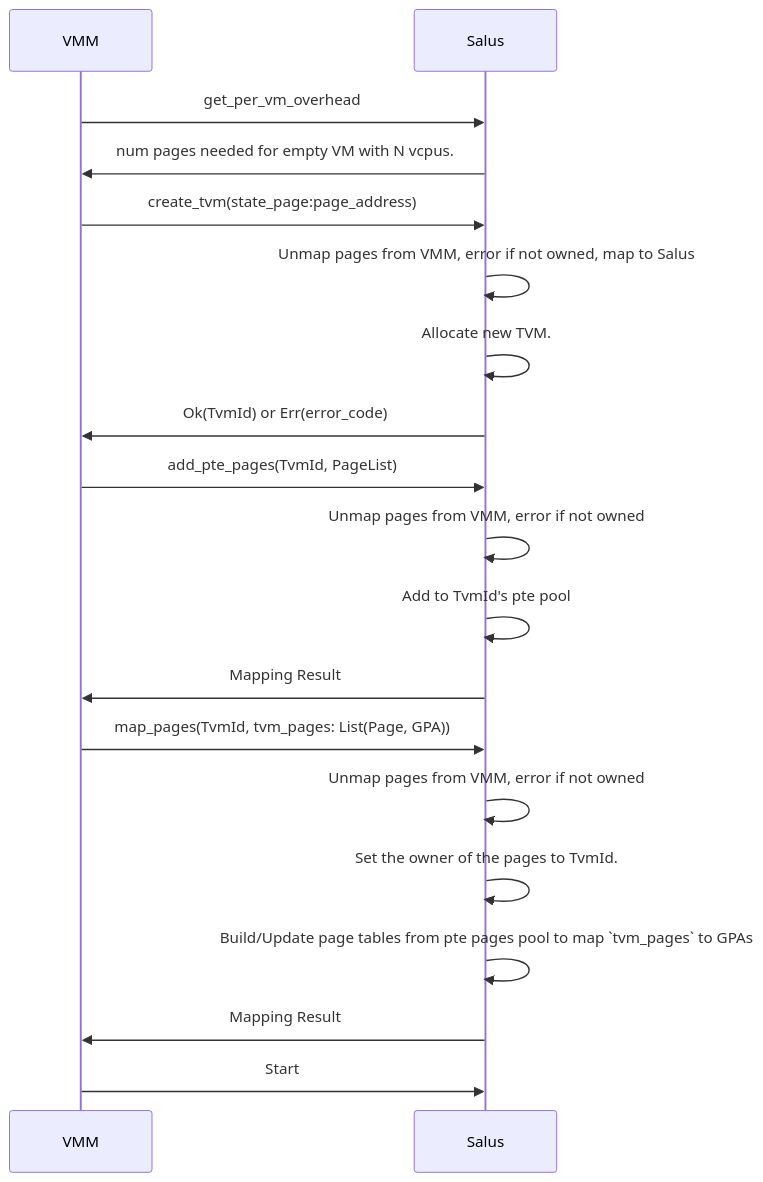
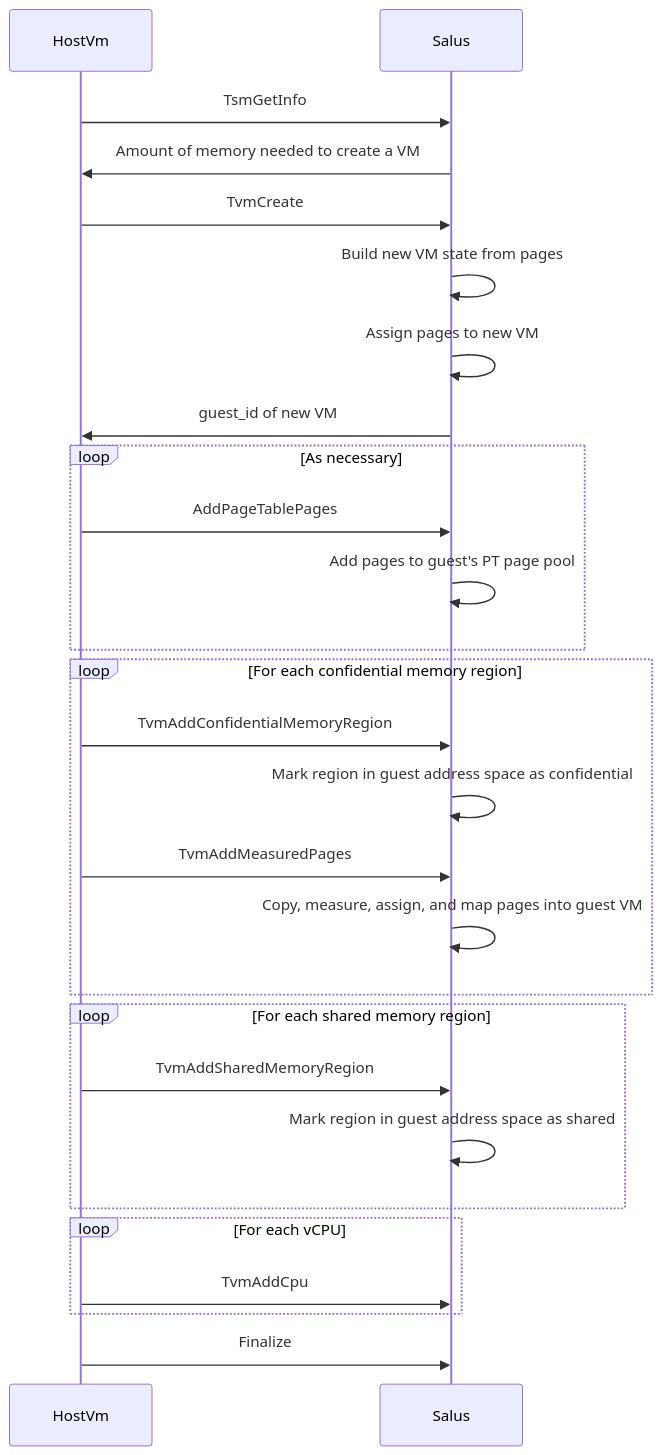
One commit to rivosinc/salus changed the fourth of 6 diagrams in MEMORY.md. Above: the diagram before and after it, drawn with Mermaid. The commit also changed other lines of this file and 1 other file, not shown here.

First line of the commit message:
docs: Refresh MEMORY.md

````diff
--- a/MEMORY.md
+++ b/MEMORY.md
@@ -128,21 +241,29 @@
 ```mermaid
 sequenceDiagram
-	participant VMM
-	participant Salus
-	VMM->>Salus: get_per_vm_overhead
-	Salus->>VMM: num pages needed for empty VM with N vcpus.
-	VMM->>Salus: create_tvm(state_page:page_address)
-	Salus->>Salus: Unmap pages from VMM, error if not owned, map to Salus
-	Salus->>Salus: Allocate new TVM.
-	Salus->>VMM: Ok(TvmId) or Err(error_code)
-	VMM->>Salus: add_pte_pages(TvmId, PageList)
-	Salus->>Salus: Unmap pages from VMM, error if not owned
-	Salus->>Salus: Add to TvmId's pte pool
-	Salus->>VMM: Mapping Result
-	VMM->>Salus: map_pages(TvmId, tvm_pages: List(Page, GPA))
-	Salus->>Salus: Unmap pages from VMM, error if not owned
-	Salus->>Salus: Set the owner of the pages to TvmId.
-	Salus->>Salus: Build/Update page tables from pte pages pool to map `tvm_pages` to GPAs
-	Salus->>VMM: Mapping Result
-	VMM->>Salus: Start
+    participant H as HostVm
+    participant S as Salus
+    H->>S: TsmGetInfo
+    S->>H: Amount of memory needed to create a VM
+    H->>S: TvmCreate
+    S->>S: Build new VM state from pages
+    S->>S: Assign pages to new VM
+    S->>H: guest_id of new VM
+    loop As necessary
+        H->>S: AddPageTablePages
+        S->>S: Add pages to guest's PT page pool
+    end
+    loop For each confidential memory region
+        H->>S: TvmAddConfidentialMemoryRegion
+        S->>S: Mark region in guest address space as confidential
+        H->>S: TvmAddMeasuredPages
+        S->>S: Copy, measure, assign, and map pages into guest VM
+    end
+    loop For each shared memory region
+        H->>S: TvmAddSharedMemoryRegion
+        S->>S: Mark region in guest address space as shared
+    end
+    loop For each vCPU
+        H->>S: TvmAddCpu
+    end
+    H->>S: Finalize
 ```
````
